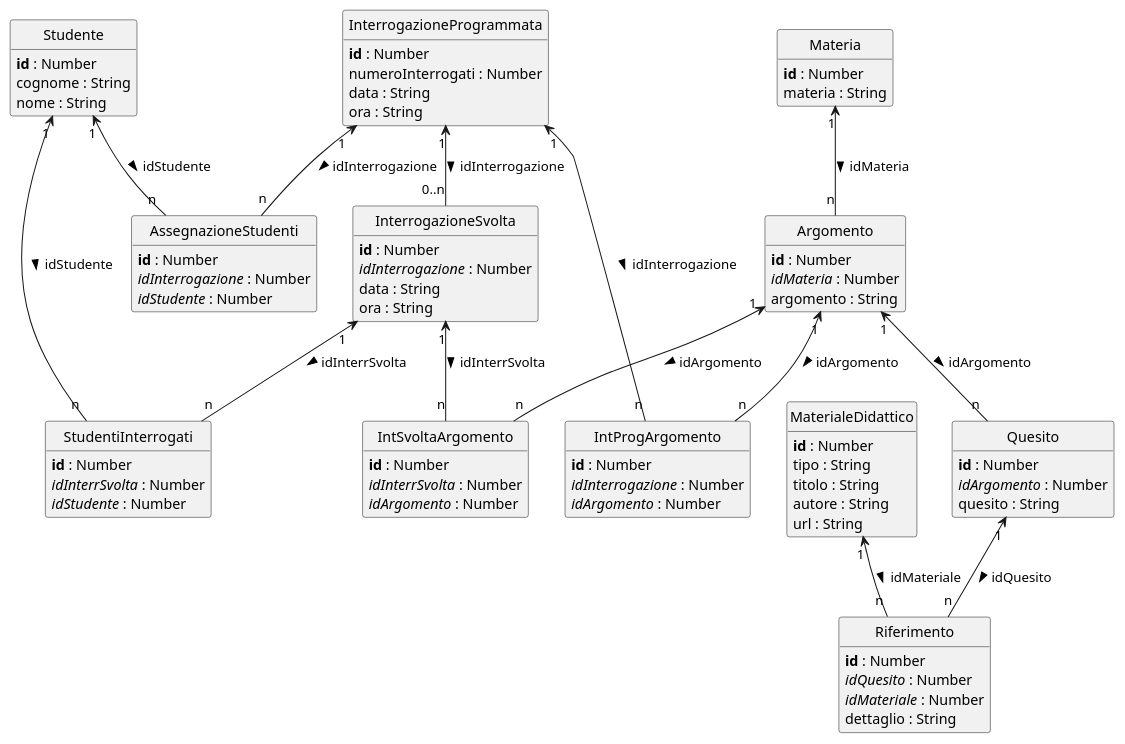
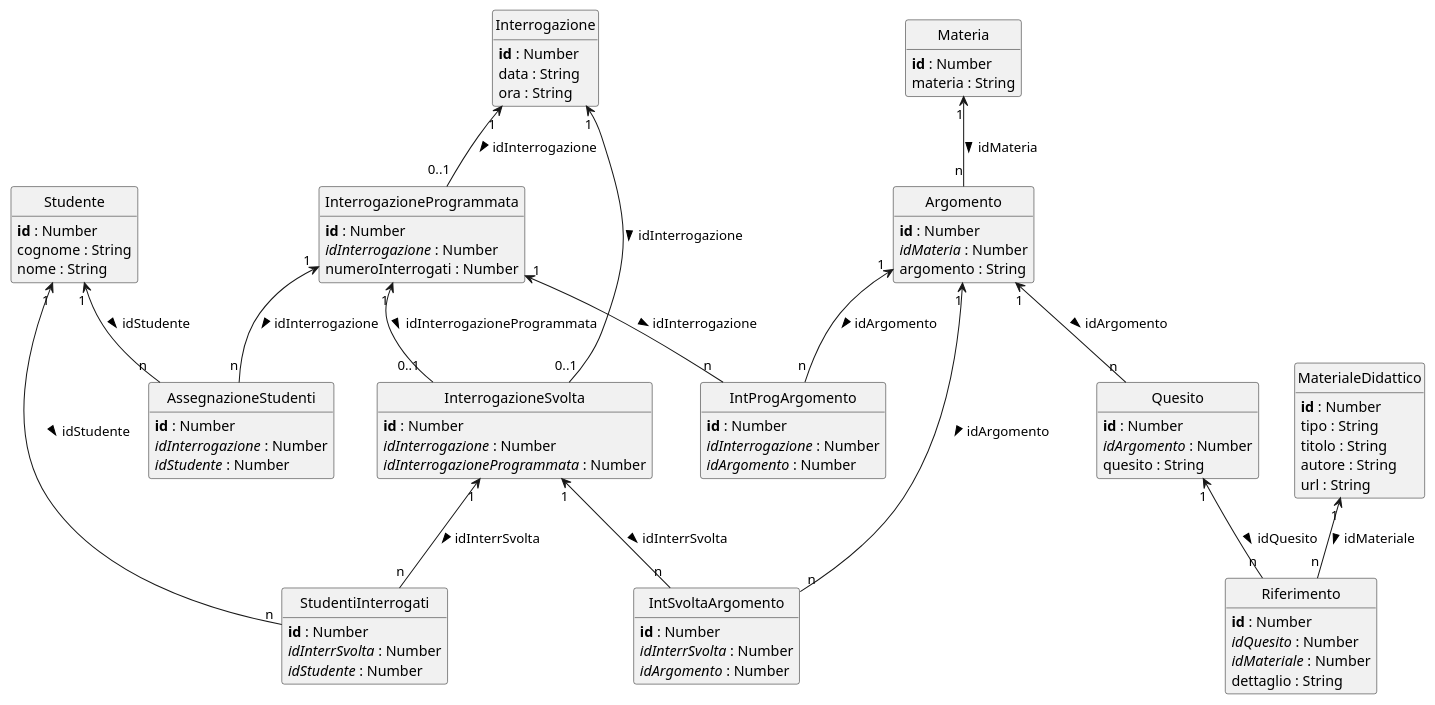
The eighth of 8 diagrams in srs.adoc (gionatamassibenincasa/study-together), drawn with PlantUML before and after one commit. The commit also changed other lines of this file and 7 other files, not shown here.

```diff
--- a/srs.adoc
+++ b/srs.adoc
@@ -1076,11 +1142,16 @@
   dettaglio : String
 }
 
+class Interrogazione {
+  **id** : Number
+  data : String
+  ora : String
+}
+
 class InterrogazioneProgrammata {
   **id** : Number
+  //idInterrogazione// : Number
   numeroInterrogati : Number
-  data : String
-  ora : String
 }
 
 class IntProgArgomento {
@@ -1098,8 +1169,7 @@
 class InterrogazioneSvolta {
   **id** : Number
   //idInterrogazione// : Number
-  data : String
-  ora : String
+  //idInterrogazioneProgrammata// : Number
 }
 
 class IntSvoltaArgomento {
@@ -1118,11 +1188,13 @@
 Argomento "1" <-- "n" Quesito : idArgomento >
 Quesito "1" <-- "n" Riferimento : idQuesito >
 MaterialeDidattico "1" <-- "n" Riferimento : idMateriale >
+Interrogazione "1" <-- "0..1" InterrogazioneProgrammata : idInterrogazione >
 InterrogazioneProgrammata "1" <-- "n" IntProgArgomento : idInterrogazione >
 Argomento "1" <-- "n" IntProgArgomento : idArgomento >
 InterrogazioneProgrammata "1" <-- "n" AssegnazioneStudenti : idInterrogazione >
 Studente "1" <-- "n" AssegnazioneStudenti : idStudente >
-InterrogazioneProgrammata "1" <-- "0..n" InterrogazioneSvolta : idInterrogazione >
+Interrogazione "1" <-- "0..1" InterrogazioneSvolta : idInterrogazione >
+InterrogazioneProgrammata "1" <-- "0..1" InterrogazioneSvolta : idInterrogazioneProgrammata >
 InterrogazioneSvolta "1" <-- "n" IntSvoltaArgomento : idInterrSvolta >
 Argomento "1" <-- "n" IntSvoltaArgomento : idArgomento >
 InterrogazioneSvolta "1" <-- "n" StudentiInterrogati : idInterrSvolta >
```
